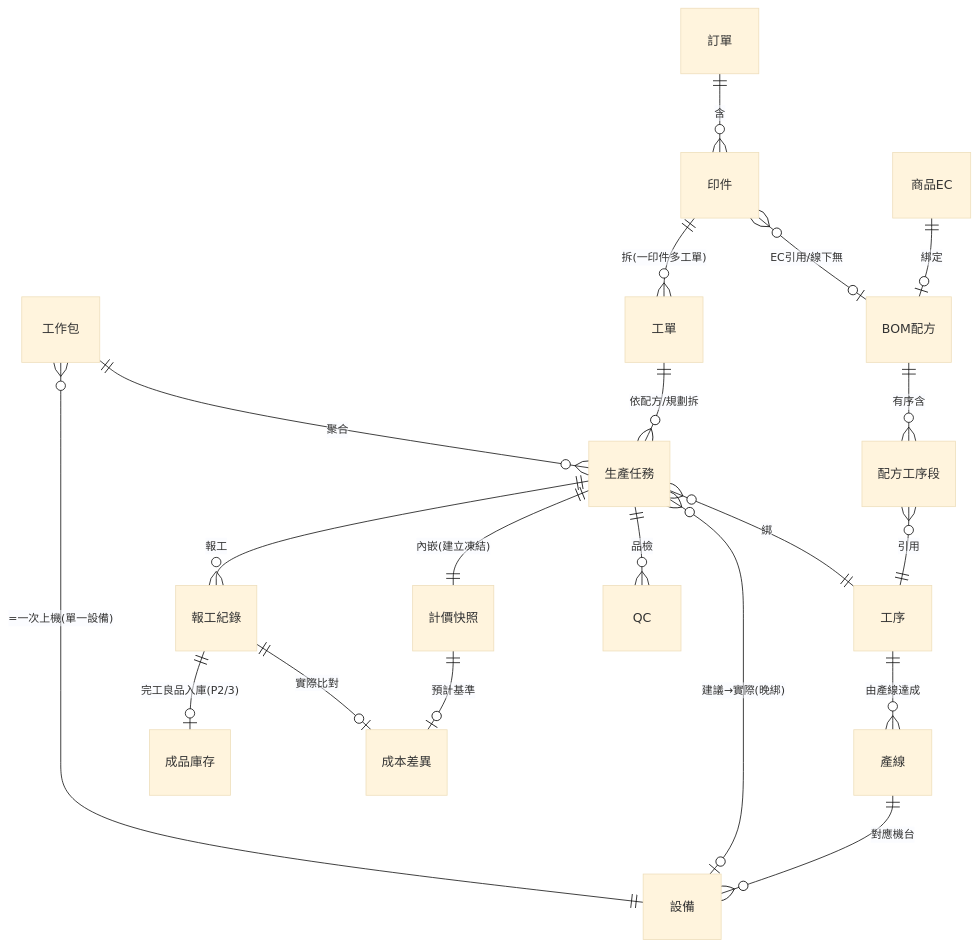
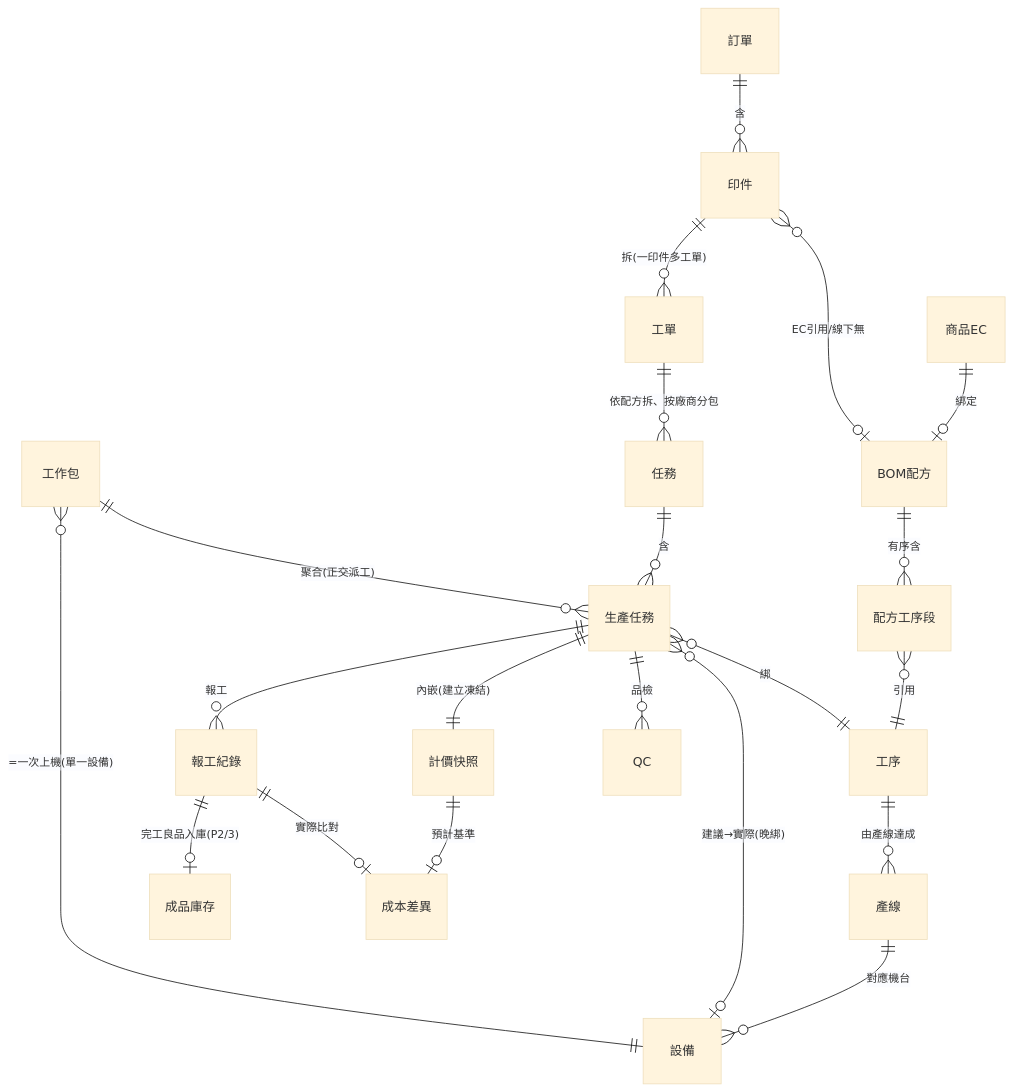
One commit to Kawato-Miles/erp-spec changed the diagram in memory/Sens_wiki/wiki/erp/12-insights/2026-06-13-生產模組架構設計.md. Above: the diagram before and after it, drawn with Mermaid (base theme). The commit also changed other lines of this file and 5 other files, not shown here.

````diff
--- a/memory/Sens_wiki/wiki/erp/12-insights/2026-06-13-生產模組架構設計.md
+++ b/memory/Sens_wiki/wiki/erp/12-insights/2026-06-13-生產模組架構設計.md
@@ -131,22 +133,23 @@
 ```mermaid
 erDiagram
     商品EC      ||--o| BOM配方   : "綁定"
     BOM配方     ||--o{ 配方工序段 : "有序含"
     配方工序段   }o--|| 工序      : "引用"
     工序        ||--o{ 產線      : "由產線達成"
     產線        ||--o{ 設備      : "對應機台"
     訂單        ||--o{ 印件      : "含"
     印件        }o--o| BOM配方   : "EC引用/線下無"
     印件        ||--o{ 工單      : "拆(一印件多工單)"
-    工單        ||--o{ 生產任務   : "依配方/規劃拆"
+    工單        ||--o{ 任務      : "依配方拆、按廠商分包"
+    任務        ||--o{ 生產任務   : "含"
     生產任務     }o--|| 工序      : "綁"
     生產任務     }o--o| 設備      : "建議→實際(晚綁)"
     生產任務     ||--|| 計價快照   : "內嵌(建立凍結)"
-    工作包      ||--o{ 生產任務   : "聚合"
+    工作包      ||--o{ 生產任務   : "聚合(正交派工)"
     工作包      }o--|| 設備      : "=一次上機(單一設備)"
     生產任務     ||--o{ 報工紀錄   : "報工"
     生產任務     ||--o{ QC       : "品檢"
     報工紀錄     ||--o| 成品庫存   : "完工良品入庫(P2/3)"
     計價快照     ||--o| 成本差異   : "預計基準"
     報工紀錄     ||--o| 成本差異   : "實際比對"
 ```
````
